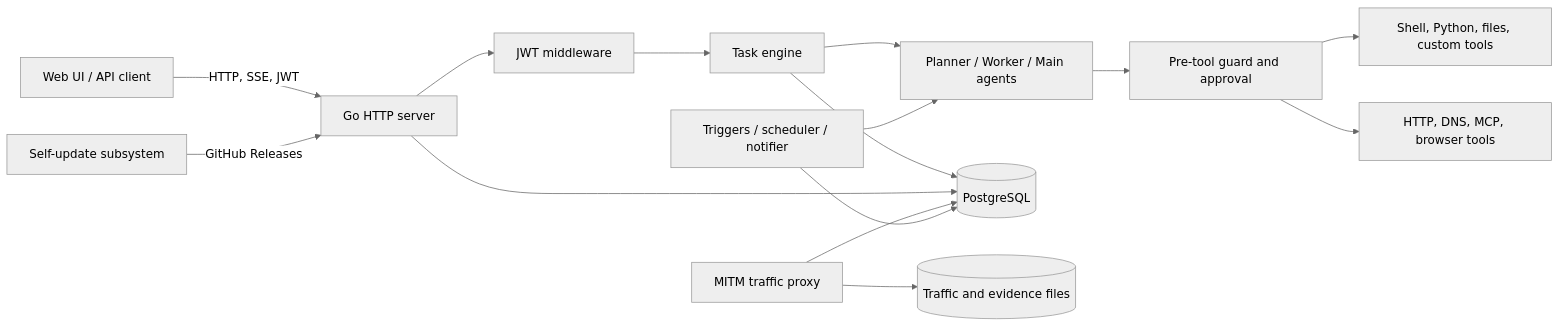
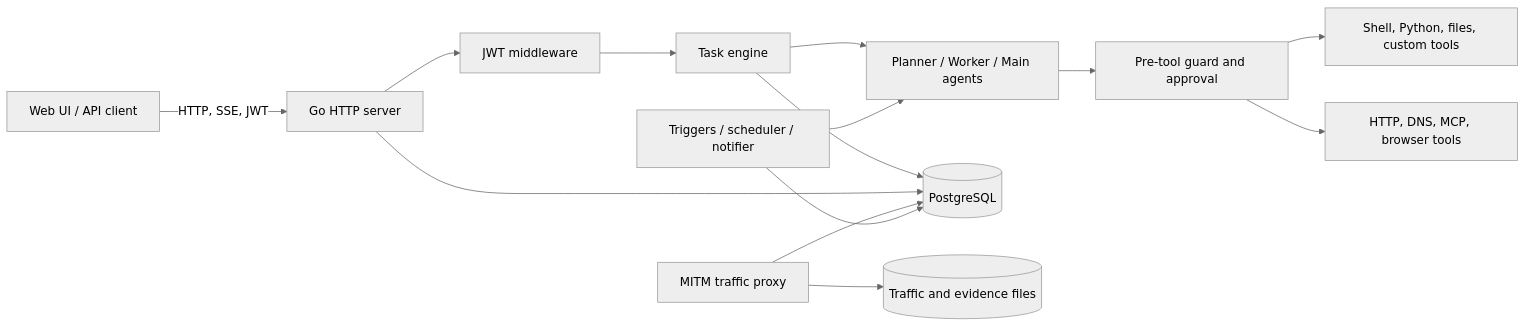
The diagram in docs/architecture.en.md (popjy0312/ARTEX), drawn with Mermaid (neutral theme) before and after one commit. The commit also changed other lines of this file and 161 other files, not shown here.

````diff
--- a/docs/architecture.en.md
+++ b/docs/architecture.en.md
@@ -13,17 +13,16 @@
 ```mermaid
 flowchart LR
     Browser[Web UI / API client] -->|HTTP, SSE, JWT| API[Go HTTP server]
     API --> Auth[JWT middleware]
     Auth --> Engine[Task engine]
     Engine --> Agents[Planner / Worker / Main agents]
     Agents --> Guard[Pre-tool guard and approval]
     Guard --> Host[Shell, Python, files, custom tools]
     Guard --> Net[HTTP, DNS, MCP, browser tools]
     Engine --> PG[(PostgreSQL)]
     API --> PG
     Proxy[MITM traffic proxy] --> Evidence[(Traffic and evidence files)]
     Proxy --> PG
     Scheduler[Triggers / scheduler / notifier] --> Agents
     Scheduler --> PG
-    Updater[Self-update subsystem] -->|GitHub Releases| API
 ```
````
